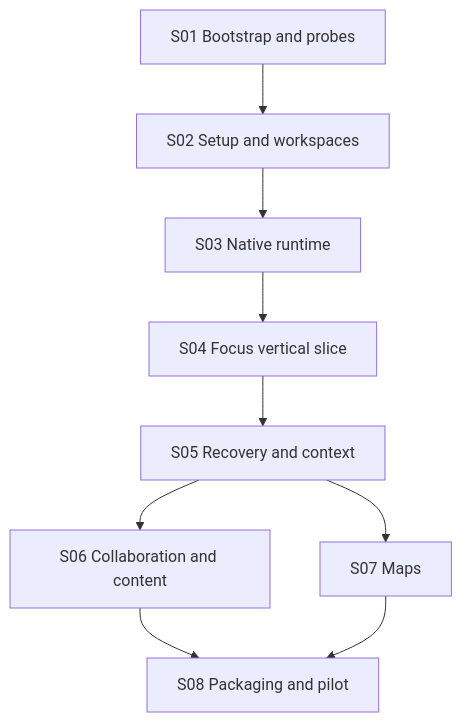
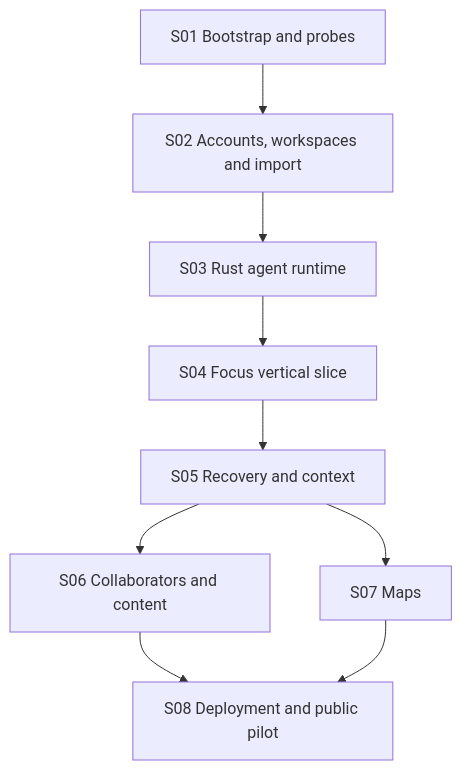
Before and after one commit to klimPaskov/hoi4-factory: the diagram in docs/04-implementation-stages/ROADMAP.md, drawn with Mermaid. The commit also changed other lines of this file and 51 other files, not shown here.

````diff
--- a/docs/04-implementation-stages/ROADMAP.md
+++ b/docs/04-implementation-stages/ROADMAP.md
@@ -7,11 +7,11 @@
 ```mermaid
 flowchart TD
-    S01["S01 Bootstrap and probes"] --> S02["S02 Setup and workspaces"]
-    S02 --> S03["S03 Native runtime"]
+    S01["S01 Bootstrap and probes"] --> S02["S02 Accounts, workspaces and import"]
+    S02 --> S03["S03 Rust agent runtime"]
     S03 --> S04["S04 Focus vertical slice"]
     S04 --> S05["S05 Recovery and context"]
-    S05 --> S06["S06 Collaboration and content"]
+    S05 --> S06["S06 Collaborators and content"]
     S05 --> S07["S07 Maps"]
-    S06 --> S08["S08 Packaging and pilot"]
+    S06 --> S08["S08 Deployment and public pilot"]
     S07 --> S08
 ```
````
